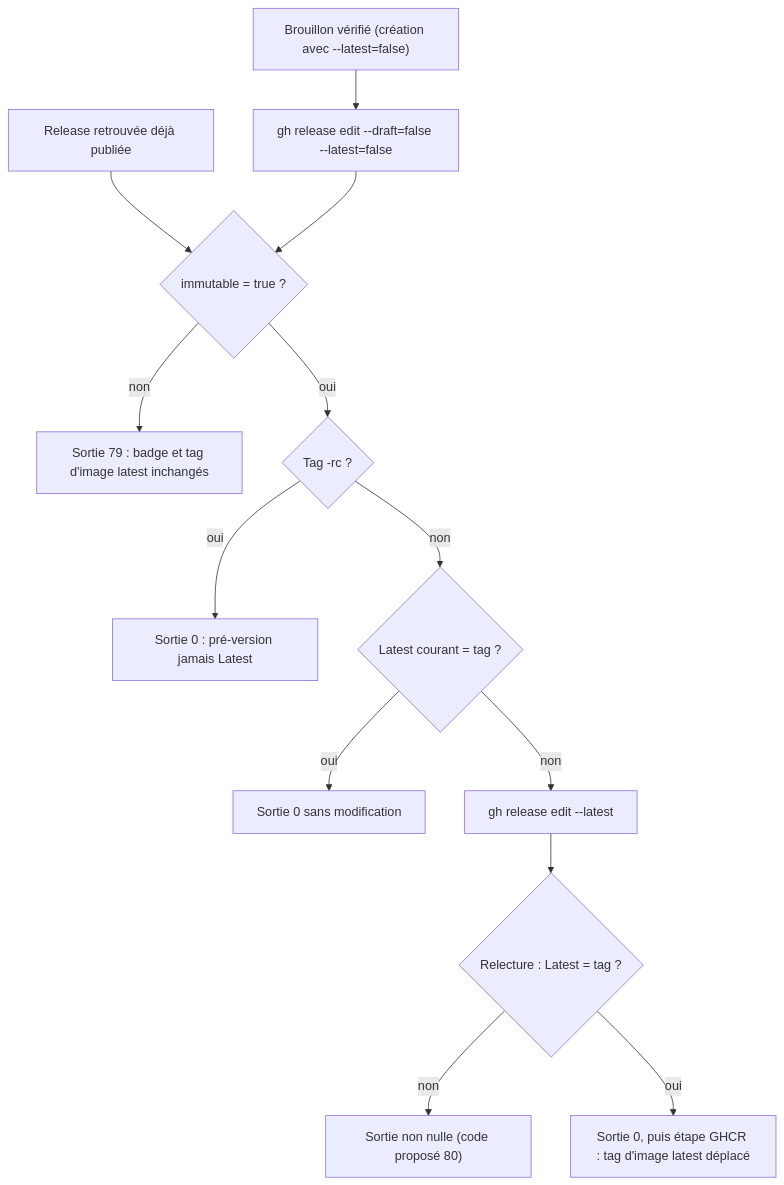
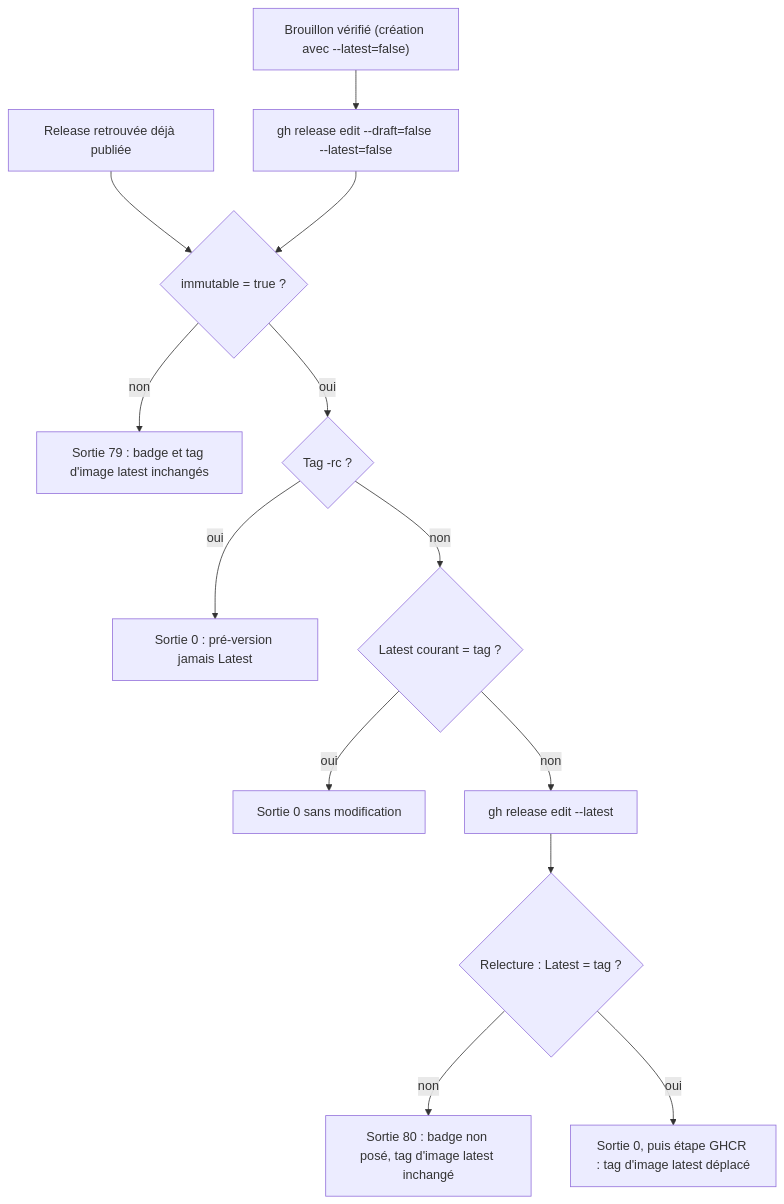
Before and after one commit to FTurleque/nexus-context-engine: the diagram in openspec/changes/sprint-15-release-latest-apres-immuable/design.md, drawn with Mermaid. The commit also changed other lines of this file and 14 other files, not shown here.

````diff
--- a/openspec/changes/sprint-15-release-latest-apres-immuable/design.md
+++ b/openspec/changes/sprint-15-release-latest-apres-immuable/design.md
@@ -45,15 +45,15 @@
 ```mermaid
 flowchart TD
     draft["Brouillon vérifié (création avec --latest=false)"] --> pub["gh release edit --draft=false --latest=false"]
     resumed["Release retrouvée déjà publiée"] --> imm
     pub --> imm{"immutable = true ?"}
     imm -- "non" --> e79["Sortie 79 : badge et tag d'image latest inchangés"]
     imm -- "oui" --> rc{"Tag -rc ?"}
     rc -- "oui" --> ok0["Sortie 0 : pré-version jamais Latest"]
     rc -- "non" --> cur{"Latest courant = tag ?"}
     cur -- "oui" --> ok1["Sortie 0 sans modification"]
     cur -- "non" --> mark["gh release edit --latest"]
     mark --> check{"Relecture : Latest = tag ?"}
-    check -- "non" --> e80["Sortie non nulle (code proposé 80)"]
+    check -- "non" --> e80["Sortie 80 : badge non posé, tag d'image latest inchangé"]
     check -- "oui" --> ok2["Sortie 0, puis étape GHCR : tag d'image latest déplacé"]
 ```
````
